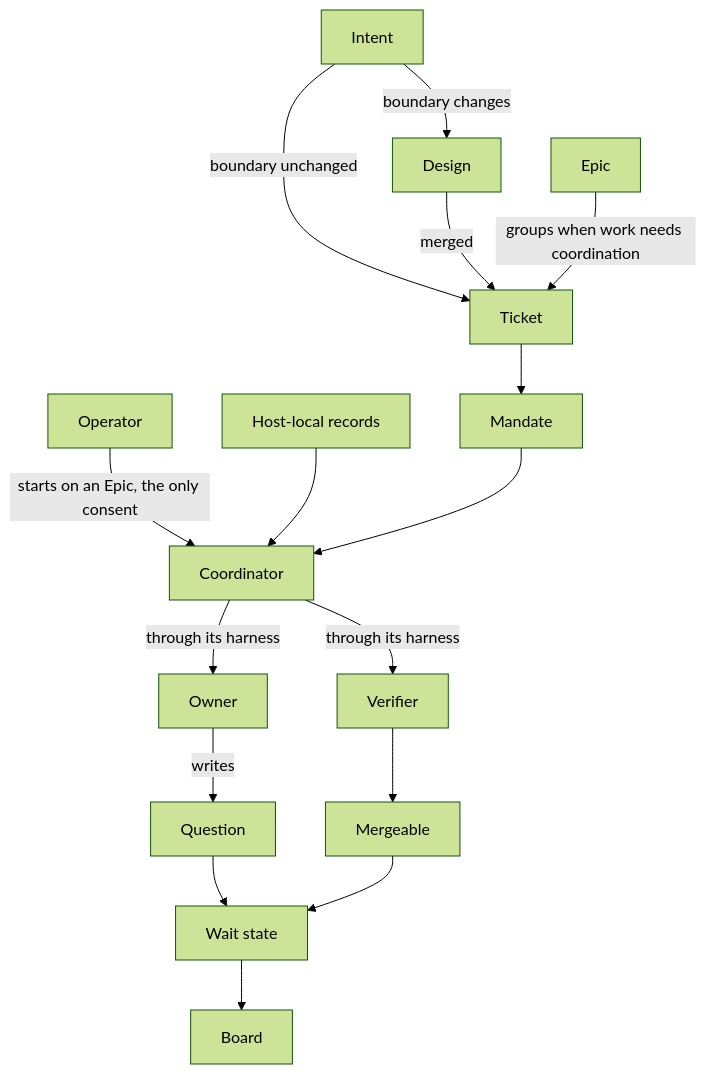
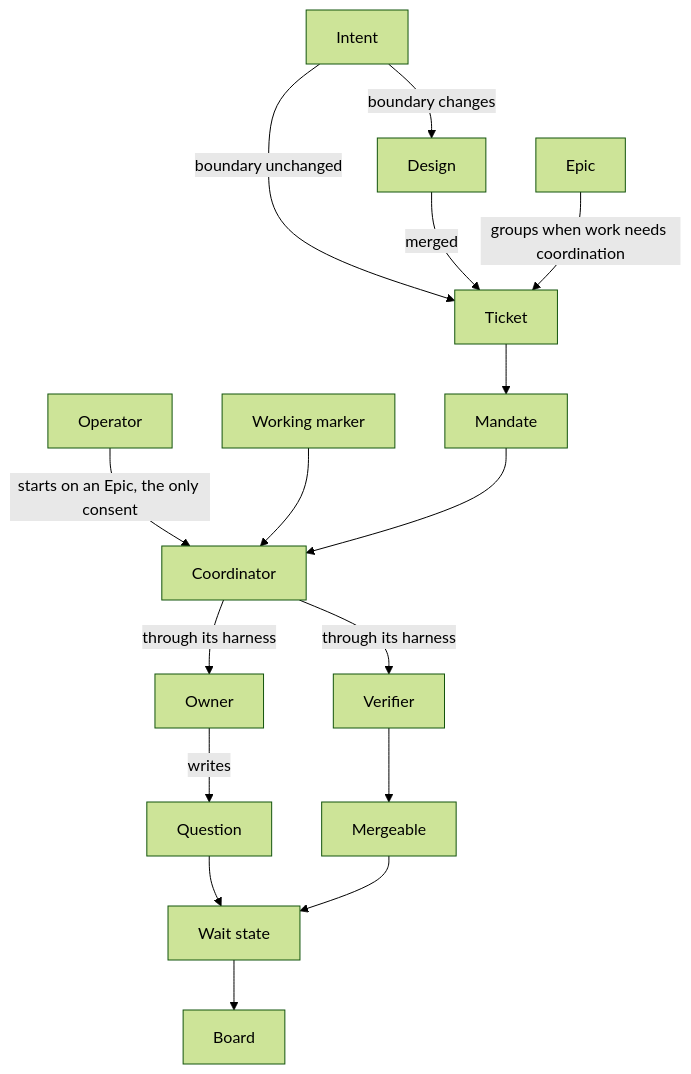
The second of 5 diagrams in docs/design/development-pipeline.md (maro114510/skills), drawn with Mermaid (forest theme) before and after one commit. The commit also changed other lines of this file and 3 other files, not shown here.

````diff
--- a/docs/design/development-pipeline.md
+++ b/docs/design/development-pipeline.md
@@ -35,18 +35,18 @@
 ```mermaid
 flowchart TB
   Intent -->|boundary unchanged| Ticket
   Intent -->|boundary changes| Design
   Design -->|merged| Ticket
   Epic -->|groups when work needs coordination| Ticket
   Ticket --> Mandate
   Operator -->|starts on an Epic, the only consent| Coordinator
-  Records[Host-local records] --> Coordinator
+  Marker[Working marker] --> Coordinator
   Mandate --> Coordinator
   Coordinator -->|through its harness| Owner
   Coordinator -->|through its harness| Verifier
   Owner -->|writes| Question
   Question --> WaitState[Wait state]
   Verifier --> Mergeable
   Mergeable --> WaitState
   WaitState --> Board
 ```
````
